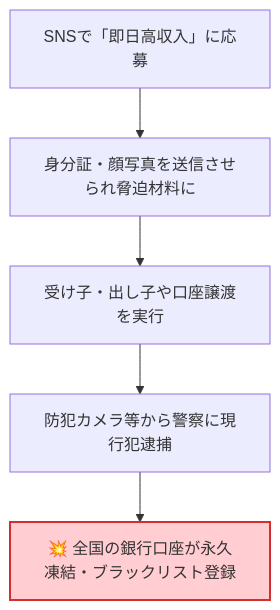
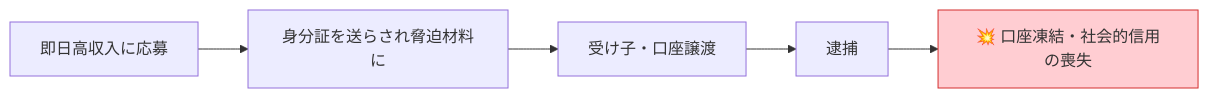
Before and after one commit to kashiwabarakenji/multimedia: the second of 5 diagrams in security.qmd, drawn with Mermaid. The commit also changed other lines of this file, not shown here.

````diff
--- a/security.qmd
+++ b/security.qmd
@@ -358,8 +233,8 @@
 ```{mermaid}
-flowchart TD
-    A[SNSで「即日高収入」に応募] --> B[身分証・顔写真を送信させられ脅迫材料に]
-    B --> C[受け子・出し子や口座譲渡を実行]
-    C --> D[防犯カメラ等から警察に現行犯逮捕]
-    D --> E[💥 全国の銀行口座が永久凍結・ブラックリスト登録]
-    style E fill:#ffcdd2,stroke:#d32f2f,stroke-width:2px
+flowchart LR
+    A[即日高収入に応募] --> B[身分証を送らされ脅迫材料に]
+    B --> C[受け子・口座譲渡]
+    C --> D[逮捕]
+    D --> E[💥 口座凍結・社会的信用の喪失]
+    style E fill:#ffcdd2,stroke:#d32f2f
 ```
````
